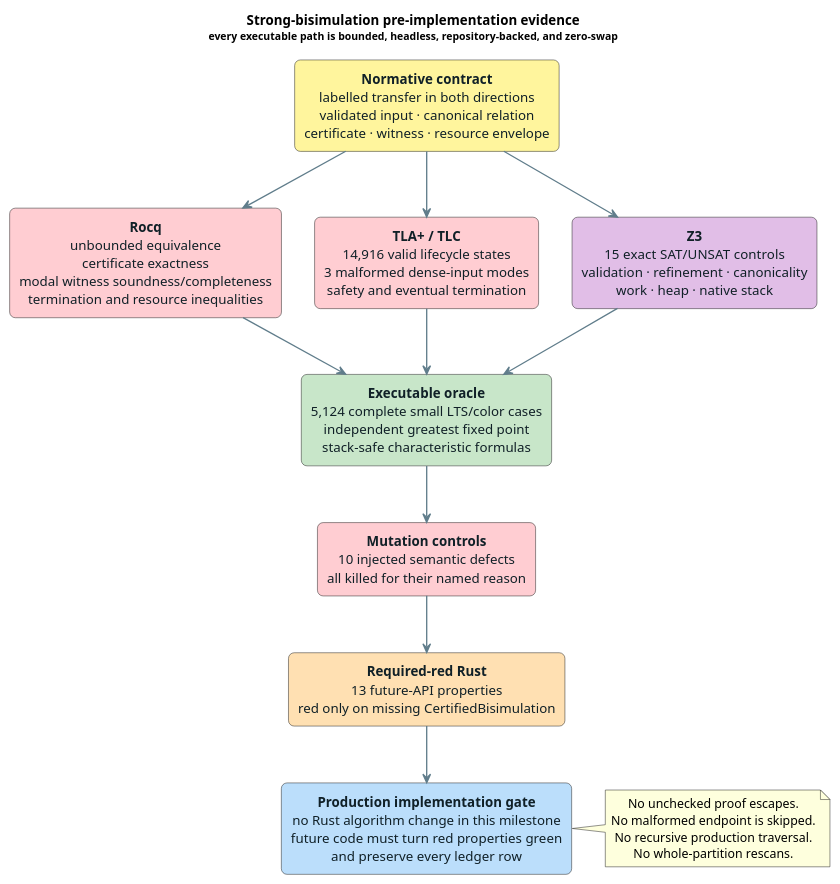
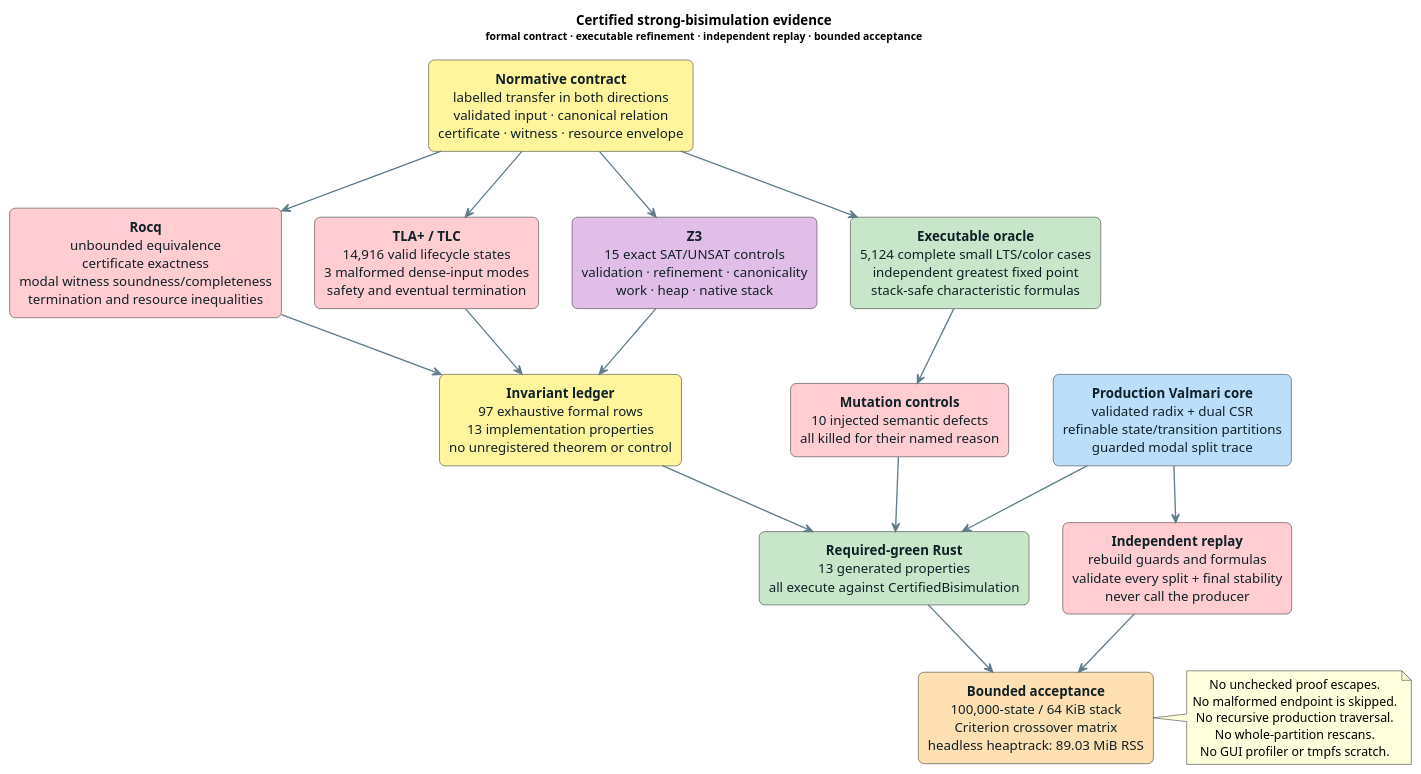
One commit to vinary-tree/lling-llang changed the diagram in docs/diagrams/optimization/strong-bisimulation-evidence.puml. Above: the diagram before and after it, drawn with PlantUML. The commit also changed 17 other files, not shown here.

Commit message:
test(bisimulation): require certified contracts green

```diff
--- a/docs/diagrams/optimization/strong-bisimulation-evidence.puml
+++ b/docs/diagrams/optimization/strong-bisimulation-evidence.puml
@@ -1,40 +1,49 @@
 @startuml strong-bisimulation-evidence
 skinparam backgroundColor #FFFFFF
 skinparam shadowing false
 skinparam defaultTextAlignment center
 skinparam ArrowColor #607D8B
 skinparam ArrowThickness 1.4
 skinparam rectangle {
   RoundCorner 12
   FontColor #102027
 }
 
-title <b>Strong-bisimulation pre-implementation evidence</b>\n<size:11>every executable path is bounded, headless, repository-backed, and zero-swap</size>
+title <b>Certified strong-bisimulation evidence</b>\n<size:11>formal contract · executable refinement · independent replay · bounded acceptance</size>
 
 rectangle "<b>Normative contract</b>\nlabelled transfer in both directions\nvalidated input · canonical relation\ncertificate · witness · resource envelope" as CONTRACT #FFF59D
 
 rectangle "<b>Rocq</b>\nunbounded equivalence\ncertificate exactness\nmodal witness soundness/completeness\ntermination and resource inequalities" as ROCQ #FFCDD2
 rectangle "<b>TLA+ / TLC</b>\n14,916 valid lifecycle states\n3 malformed dense-input modes\nsafety and eventual termination" as TLA #FFCDD2
 rectangle "<b>Z3</b>\n15 exact SAT/UNSAT controls\nvalidation · refinement · canonicality\nwork · heap · native stack" as SMT #E1BEE7
 rectangle "<b>Executable oracle</b>\n5,124 complete small LTS/color cases\nindependent greatest fixed point\nstack-safe characteristic formulas" as ORACLE #C8E6C9
 rectangle "<b>Mutation controls</b>\n10 injected semantic defects\nall killed for their named reason" as MUTANTS #FFCDD2
-rectangle "<b>Required-red Rust</b>\n13 future-API properties\nred only on missing CertifiedBisimulation" as RED #FFE0B2
-rectangle "<b>Production implementation gate</b>\nno Rust algorithm change in this milestone\nfuture code must turn red properties green\nand preserve every ledger row" as GATE #BBDEFB
+rectangle "<b>Invariant ledger</b>\n97 exhaustive formal rows\n13 implementation properties\nno unregistered theorem or control" as LEDGER #FFF59D
+rectangle "<b>Required-green Rust</b>\n13 generated properties\nall execute against CertifiedBisimulation" as GREEN #C8E6C9
+rectangle "<b>Production Valmari core</b>\nvalidated radix + dual CSR\nrefinable state/transition partitions\nguarded modal split trace" as CORE #BBDEFB
+rectangle "<b>Independent replay</b>\nrebuild guards and formulas\nvalidate every split + final stability\nnever call the producer" as REPLAY #FFCDD2
+rectangle "<b>Bounded acceptance</b>\n100,000-state / 64 KiB stack\nCriterion crossover matrix\nheadless heaptrack: 89.03 MiB RSS" as ACCEPT #FFE0B2
 
 CONTRACT -down-> ROCQ
 CONTRACT -down-> TLA
 CONTRACT -down-> SMT
-ROCQ -down-> ORACLE
-TLA -down-> ORACLE
-SMT -down-> ORACLE
+ROCQ -down-> LEDGER
+TLA -down-> LEDGER
+SMT -down-> LEDGER
+CONTRACT -down-> ORACLE
 ORACLE -down-> MUTANTS
-MUTANTS -down-> RED
-RED -down-> GATE
+MUTANTS -down-> GREEN
+LEDGER -down-> GREEN
+CORE -down-> GREEN
+CORE -down-> REPLAY
+GREEN -down-> ACCEPT
+REPLAY -down-> ACCEPT
 
-note right of GATE
+note right of ACCEPT
   No unchecked proof escapes.
   No malformed endpoint is skipped.
   No recursive production traversal.
   No whole-partition rescans.
+  No GUI profiler or tmpfs scratch.
 end note
 @enduml
```
